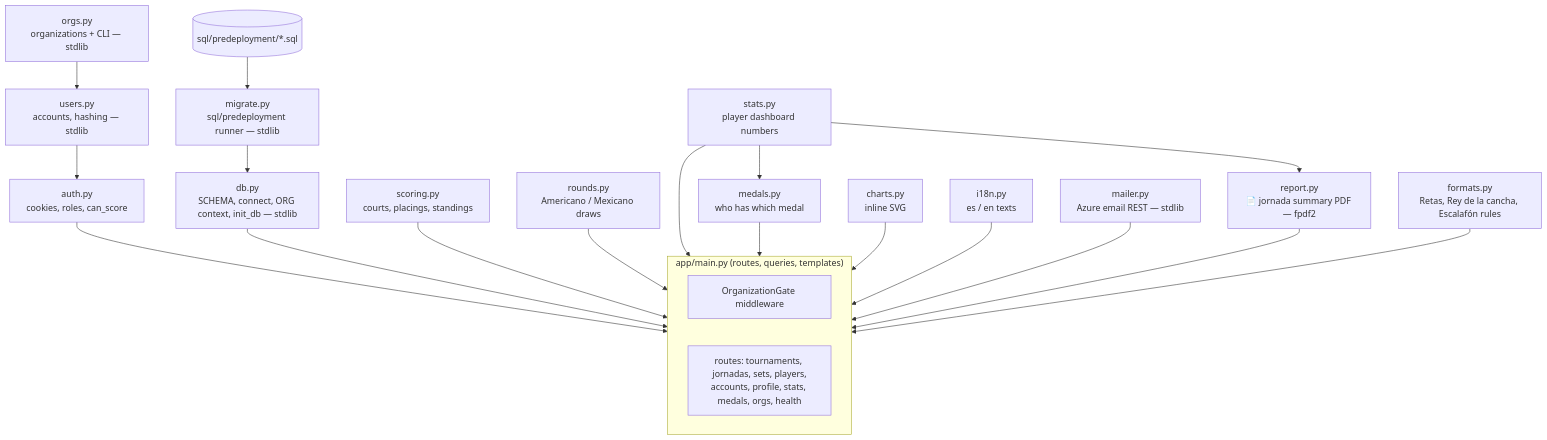
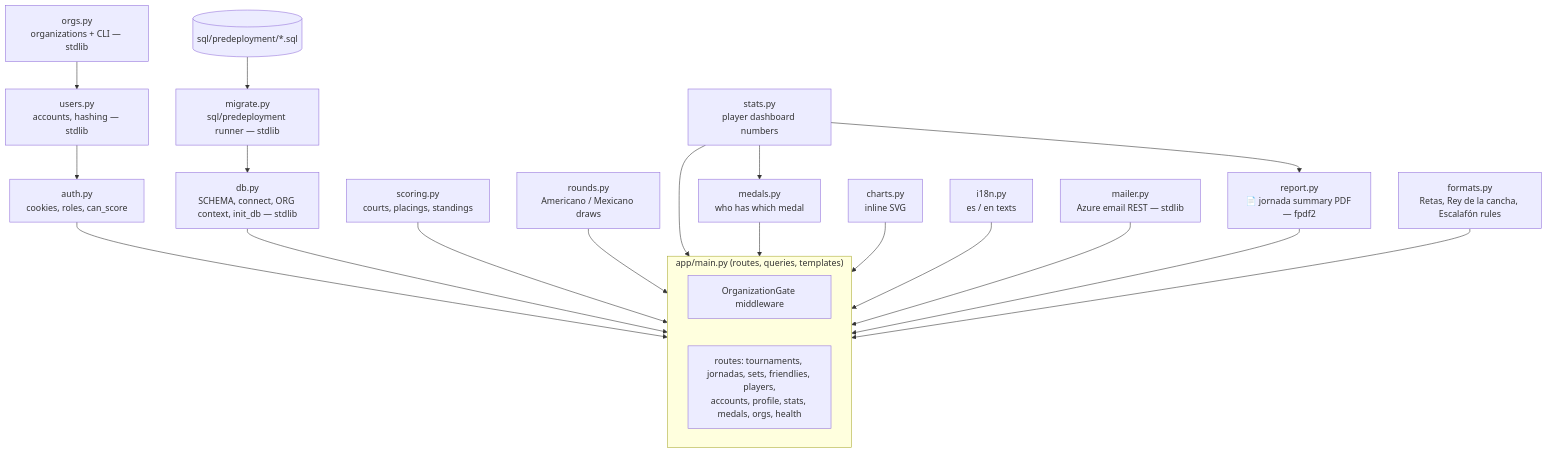
The first of 6 diagrams in docs/processes/ARCHITECTURE.md (Sorrycion/PadelScore), drawn with Mermaid before and after one commit. The commit also changed other lines of this file and 28 other files, not shown here.

````diff
--- a/docs/processes/ARCHITECTURE.md
+++ b/docs/processes/ARCHITECTURE.md
@@ -9,24 +9,24 @@
 ```mermaid
 flowchart TD
     subgraph web["app/main.py (routes, queries, templates)"]
         GATE[OrganizationGate middleware]
-        ROUTES[routes: tournaments, jornadas, sets, players,<br/>accounts, profile, stats, medals, orgs, health]
+        ROUTES[routes: tournaments, jornadas, sets, friendlies, players,<br/>accounts, profile, stats, medals, orgs, health]
     end
     AUTH[auth.py<br/>cookies, roles, can_score] --> web
     USERS[users.py<br/>accounts, hashing — stdlib] --> AUTH
     ORGS[orgs.py<br/>organizations + CLI — stdlib] --> USERS
     DB[db.py<br/>SCHEMA, connect, ORG context, init_db — stdlib] --> web
     MIG[migrate.py<br/>sql/predeployment runner — stdlib] --> DB
     SCORING[scoring.py<br/>courts, placings, standings] --> web
     ROUNDS[rounds.py<br/>Americano / Mexicano draws] --> web
     STATS[stats.py<br/>player dashboard numbers] --> web
     MEDALS[medals.py<br/>who has which medal] --> web
     STATS --> MEDALS
     CHARTS[charts.py<br/>inline SVG] --> web
     I18N[i18n.py<br/>es / en texts] --> web
     MAIL[mailer.py<br/>Azure email REST — stdlib] --> web
     REPORT[report.py<br/>📄 jornada summary PDF — fpdf2] --> web
     FORMATS[formats.py<br/>Retas, Rey de la cancha, Escalafón rules] --> web
     STATS --> REPORT
     SQL[(sql/predeployment/*.sql)] --> MIG
 ```
````
